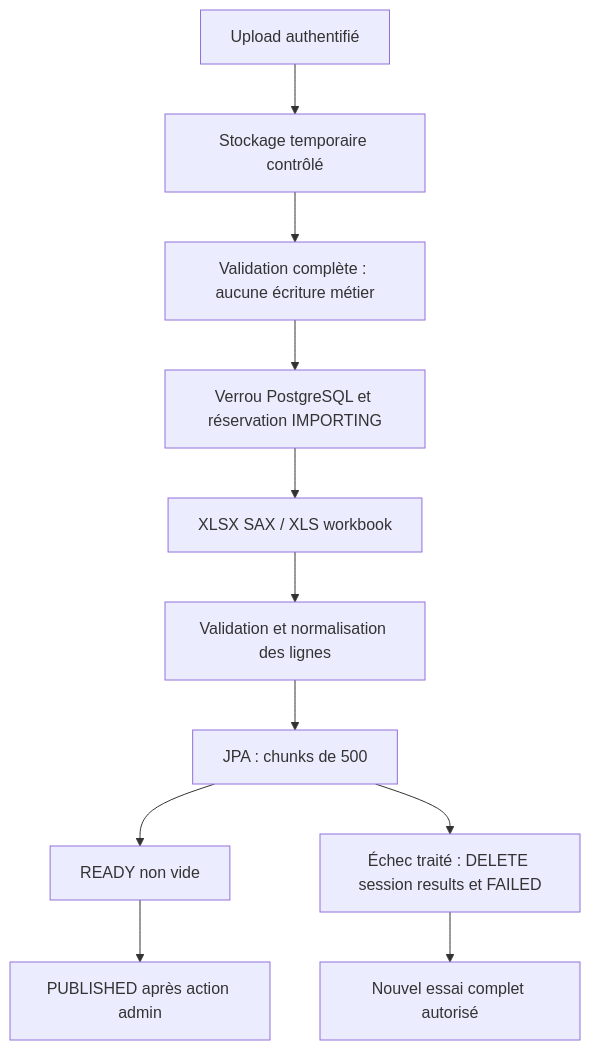
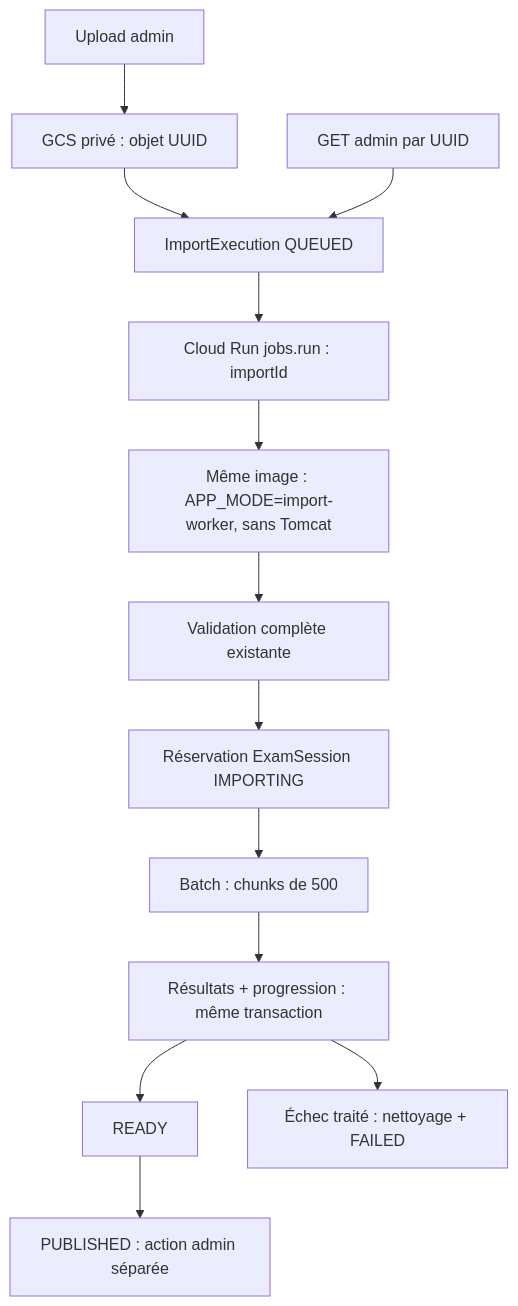
Before and after one commit to yabedmohamedval/natijati-mr-api: the third of 3 diagrams in docs/ARCHITECTURE.md, drawn with Mermaid. The commit also changed other lines of this file and 41 other files, not shown here.

````diff
--- a/docs/ARCHITECTURE.md
+++ b/docs/ARCHITECTURE.md
@@ -80,13 +80,15 @@
 ```mermaid
 flowchart TD
-    Upload[Upload authentifié] --> File[Stockage temporaire contrôlé]
-    File --> Preflight[Validation complète : aucune écriture métier]
-    Preflight --> Lock[Verrou PostgreSQL et réservation IMPORTING]
-    Lock --> Reader[XLSX SAX / XLS workbook]
-    Reader --> Processor[Validation et normalisation des lignes]
-    Processor --> Writer[JPA : chunks de 500]
-    Writer --> Ready[READY non vide]
-    Ready --> Published[PUBLISHED après action admin]
-    Writer --> Failed[Échec traité : DELETE session results et FAILED]
-    Failed --> Retry[Nouvel essai complet autorisé]
+    Upload[Upload admin] --> Storage[GCS privé : objet UUID]
+    Storage --> Execution[ImportExecution QUEUED]
+    Execution --> Dispatch[Cloud Run jobs.run : importId]
+    Dispatch --> Worker[Même image : APP_MODE=import-worker, sans Tomcat]
+    Worker --> Preflight[Validation complète existante]
+    Preflight --> Session[Réservation ExamSession IMPORTING]
+    Session --> Batch[Batch : chunks de 500]
+    Batch --> Progress[Résultats + progression : même transaction]
+    Progress --> Ready[READY]
+    Progress --> Failed[Échec traité : nettoyage + FAILED]
+    Ready --> Publish[PUBLISHED : action admin séparée]
+    Admin[GET admin par UUID] --> Execution
 ```
````
